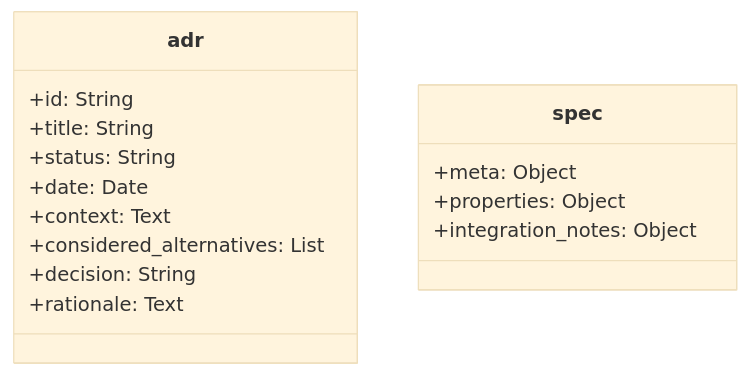
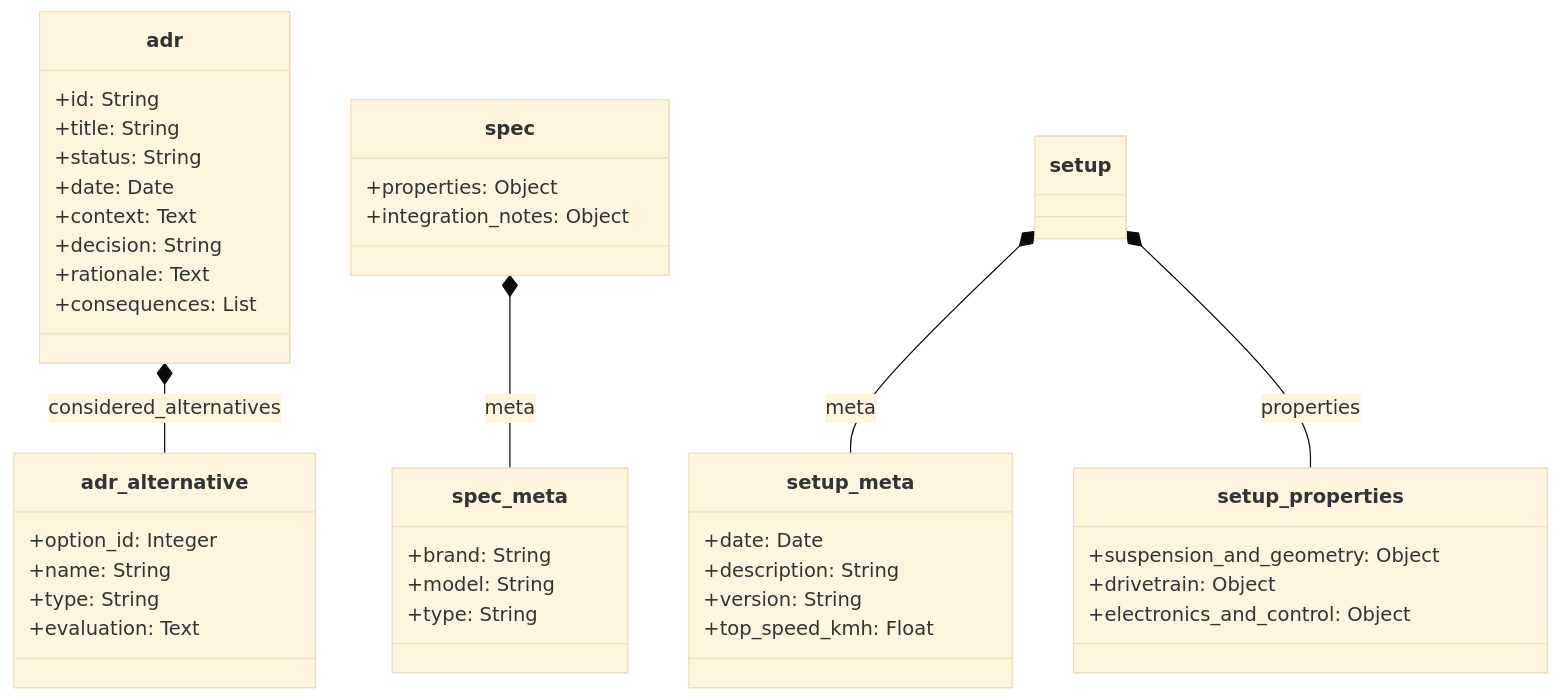
Before and after one commit to kleinnconrad/RC100: the diagram in readme.md, drawn with Mermaid (base theme). The commit also changed other lines of this file and 2 other files, not shown here.

Commit message:
chore: fixed mermaid diagram in readme and some clean ups

````diff
--- a/readme.md
+++ b/readme.md
@@ -46,19 +46,47 @@
 ```mermaid
 classDiagram
     class adr {
         +id: String
         +title: String
         +status: String
         +date: Date
         +context: Text
-        +considered_alternatives: List
         +decision: String
         +rationale: Text
+        +consequences: List
     }
+    class adr_alternative {
+        +option_id: Integer
+        +name: String
+        +type: String
+        +evaluation: Text
+    }
+    adr *-- adr_alternative : considered_alternatives
     
     class spec {
-        +meta: Object
         +properties: Object
         +integration_notes: Object
     }
+    class spec_meta {
+        +brand: String
+        +model: String
+        +type: String
+    }
+    spec *-- spec_meta : meta
+
+    class setup {
+    }
+    class setup_meta {
+        +date: Date
+        +description: String
+        +version: String
+        +top_speed_kmh: Float
+    }
+    class setup_properties {
+        +suspension_and_geometry: Object
+        +drivetrain: Object
+        +electronics_and_control: Object
+    }
+    setup *-- setup_meta : meta
+    setup *-- setup_properties : properties
 ```
````
